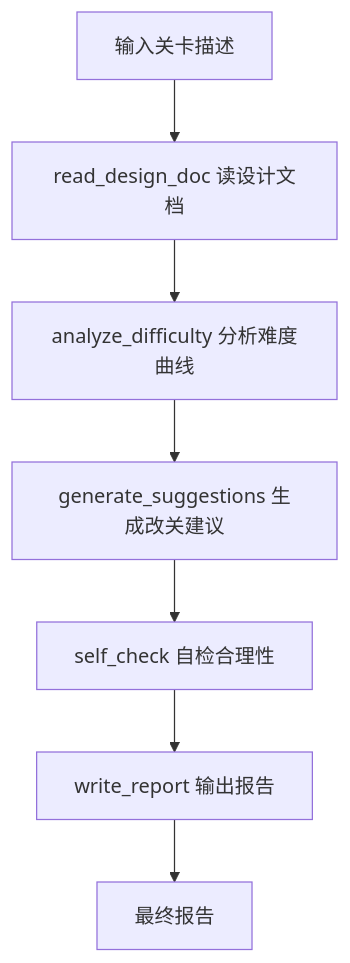
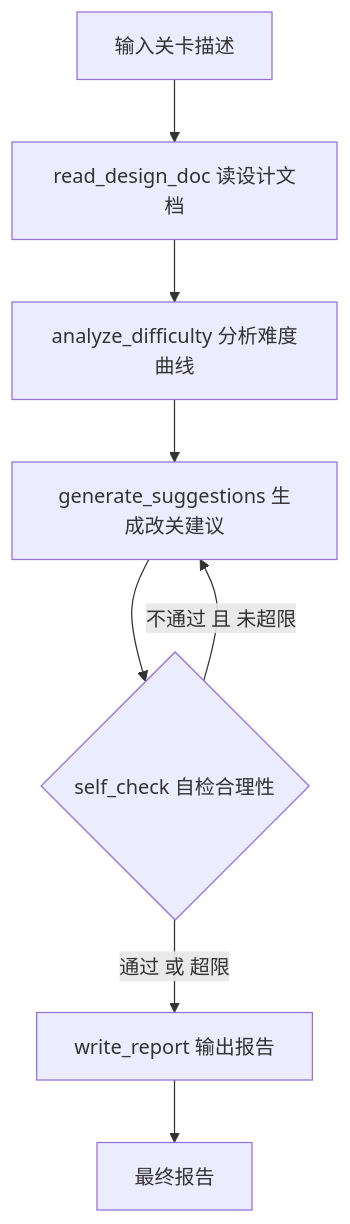
The diagram in README.md (SukiAoi/ai-level-design-agent), drawn with Mermaid before and after one commit. The commit also changed other lines of this file and 6 other files, not shown here.

````diff
--- a/README.md
+++ b/README.md
@@ -19,9 +30,10 @@
 ```mermaid
 graph TD
     A[输入关卡描述] --> B[read_design_doc 读设计文档]
     B --> C[analyze_difficulty 分析难度曲线]
     C --> D[generate_suggestions 生成改关建议]
-    D --> E[self_check 自检合理性]
-    E --> F[write_report 输出报告]
+    D --> E{self_check 自检合理性}
+    E -- 不通过 且 未超限 --> D
+    E -- 通过 或 超限 --> F[write_report 输出报告]
     F --> G[最终报告]
 ```
````
